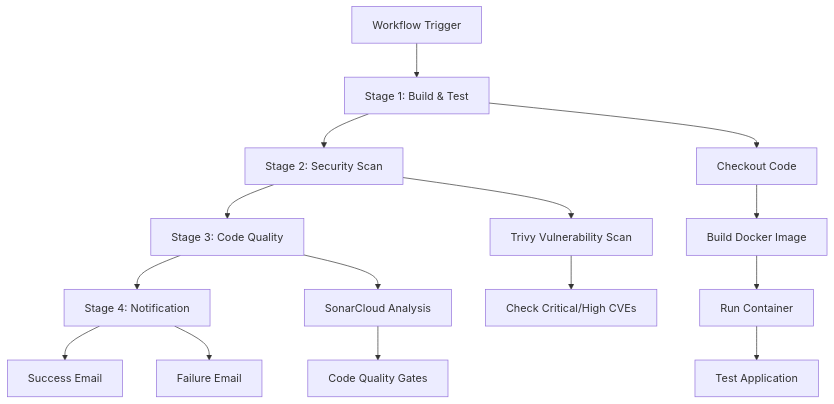
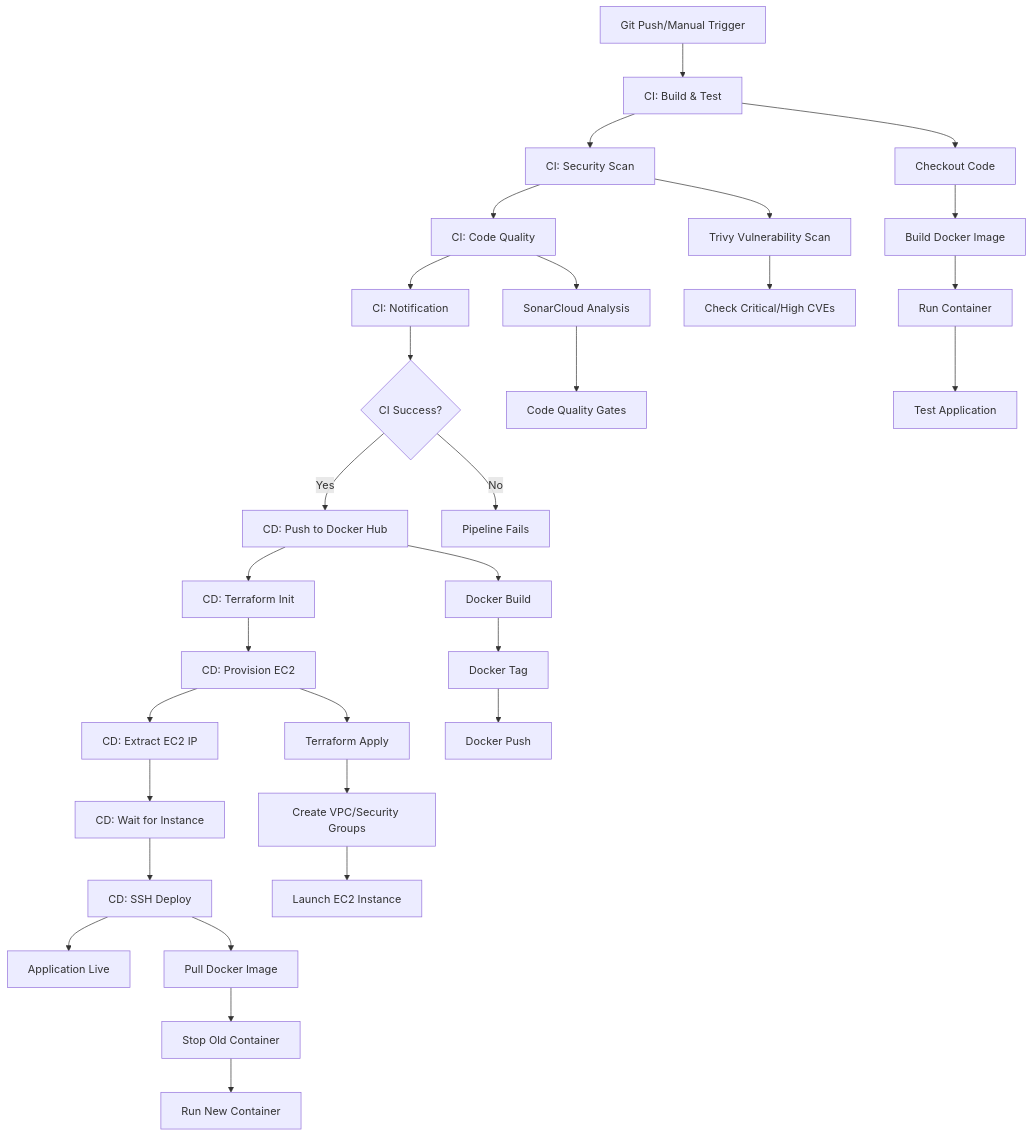
The diagram in readme.md (Pururaj023/DevSecOps-githubActions), drawn with Mermaid before and after one commit. The commit also changed other lines of this file and 2 other files, not shown here.

````diff
--- a/readme.md
+++ b/readme.md
@@ -16,21 +22,41 @@
 ```mermaid
 graph TD
-    A[Workflow Trigger] --> B[Stage 1: Build & Test]
-    B --> C[Stage 2: Security Scan]
-    C --> D[Stage 3: Code Quality]
-    D --> E[Stage 4: Notification]
+    A[Git Push/Manual Trigger] --> B[CI: Build & Test]
+    B --> C[CI: Security Scan]
+    C --> D[CI: Code Quality]
+    D --> E[CI: Notification]
+    E --> F{CI Success?}
+    
+    F -->|Yes| G[CD: Push to Docker Hub]
+    F -->|No| Z[Pipeline Fails]
+    
+    G --> H[CD: Terraform Init]
+    H --> I[CD: Provision EC2]
+    I --> J[CD: Extract EC2 IP]
+    J --> K[CD: Wait for Instance]
+    K --> L[CD: SSH Deploy]
+    L --> M[Application Live]
     
     B --> B1[Checkout Code]
     B1 --> B2[Build Docker Image]
     B2 --> B3[Run Container]
     B3 --> B4[Test Application]
     
     C --> C1[Trivy Vulnerability Scan]
     C1 --> C2[Check Critical/High CVEs]
     
     D --> D1[SonarCloud Analysis]
     D1 --> D2[Code Quality Gates]
     
-    E --> E1[Success Email]
-    E --> E2[Failure Email]
+    G --> G1[Docker Build]
+    G1 --> G2[Docker Tag]
+    G2 --> G3[Docker Push]
+    
+    I --> I1[Terraform Apply]
+    I1 --> I2[Create VPC/Security Groups]
+    I2 --> I3[Launch EC2 Instance]
+    
+    L --> L1[Pull Docker Image]
+    L1 --> L2[Stop Old Container]
+    L2 --> L3[Run New Container]
 ```
````
